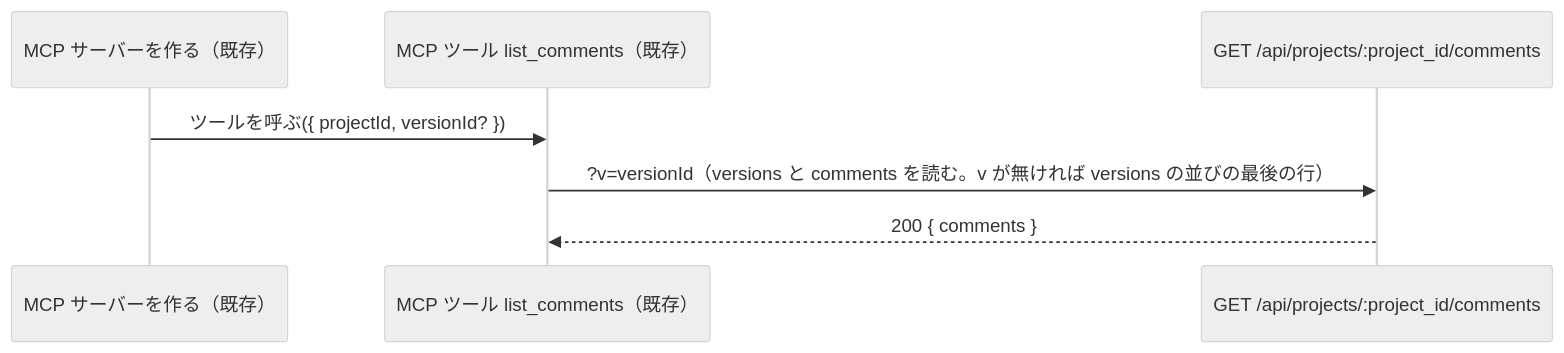
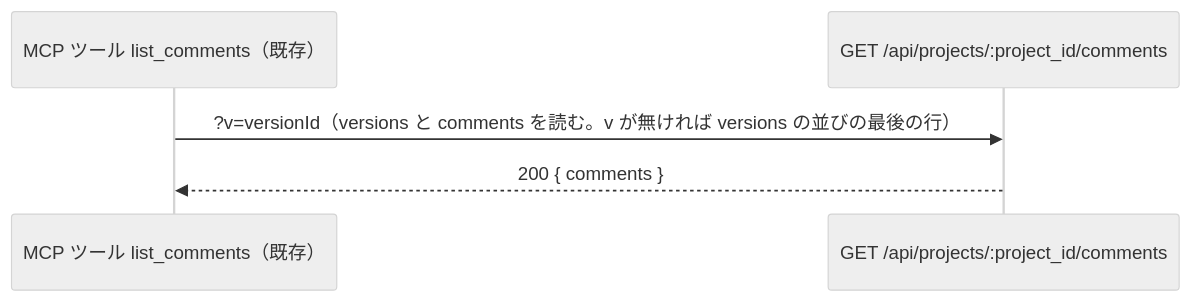
The ninth of 11 diagrams in docs/superpowers/specs/2026-10-06-owner-viewer-design/README.md (taiki-kuraishi/karibari), drawn with Mermaid (neutral theme) before and after one commit. The commit also changed other lines of this file and 17 other files, not shown here.

````diff
--- a/docs/superpowers/specs/2026-10-06-owner-viewer-design/README.md
+++ b/docs/superpowers/specs/2026-10-06-owner-viewer-design/README.md
@@ -187,9 +221,7 @@
 ```mermaid
 sequenceDiagram
-  participant Srv as MCP サーバーを作る（既存）
   participant Tool as MCP ツール list_comments（既存）
   participant Api as GET /api/projects/:project_id/comments
-  Srv->>Tool: ツールを呼ぶ({ projectId, versionId? })
   Tool->>Api: ?v=versionId（versions と comments を読む。v が無ければ versions の並びの最後の行）
   Api-->>Tool: 200 { comments }
 ```
````
